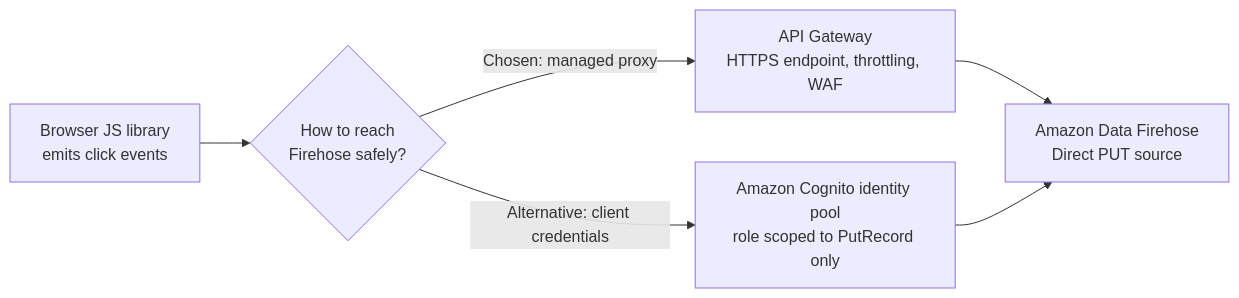
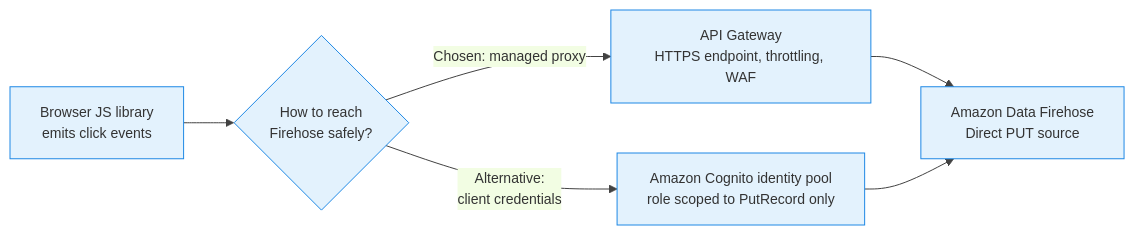
Before and after one commit to senthilkumarm1901/learn_by_blogging: the sixth of 16 diagrams in aws_cloud_technical_essentials_book/11-serverless-data-analytics.qmd, drawn with Mermaid. The commit also changed other lines of this file and 3 other files, not shown here.

Commit message:
updated diagrams, business cases used

````diff
--- a/aws_cloud_technical_essentials_book/11-serverless-data-analytics.qmd
+++ b/aws_cloud_technical_essentials_book/11-serverless-data-analytics.qmd
@@ -161,8 +183,9 @@
 ```{mermaid}
+%%{init: {'theme': 'base', 'themeVariables': {'primaryColor': '#E3F2FD', 'primaryBorderColor': '#1E88E5', 'lineColor': '#424242', 'fontSize': '14px'}}}%%
 flowchart LR
     JS["Browser JS library<br>emits click events"] --> CH{"How to reach<br>Firehose safely?"}
     CH -->|"Chosen: managed proxy"| AG["API Gateway<br>HTTPS endpoint, throttling, WAF"]
-    CH -->|"Alternative: client credentials"| CG["Amazon Cognito identity pool<br>role scoped to PutRecord only"]
+    CH -->|"Alternative:<br>client credentials"| CG["Amazon Cognito identity pool<br>role scoped to PutRecord only"]
     AG --> KDF["Amazon Data Firehose<br>Direct PUT source"]
     CG --> KDF
 ```
````
